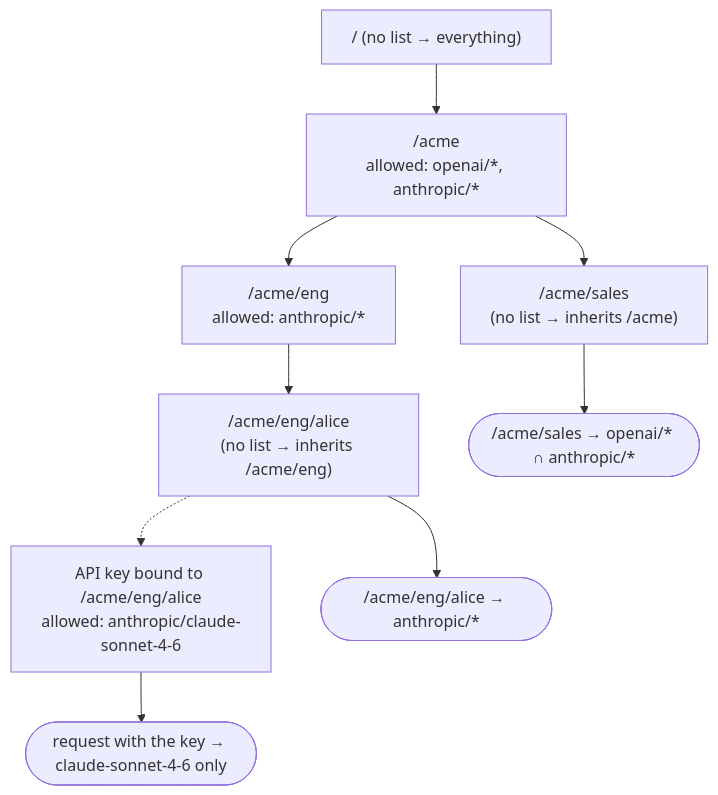
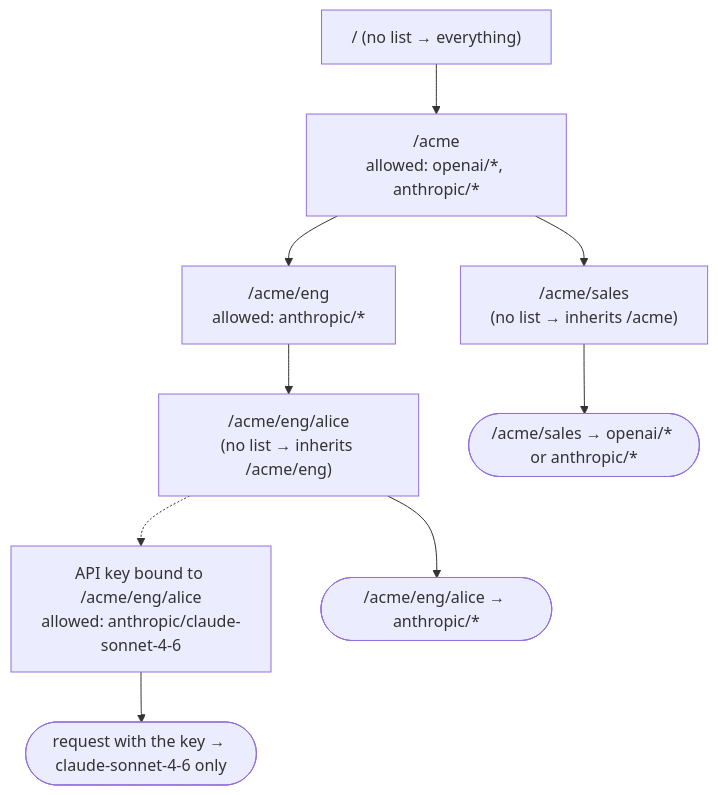
The first of 2 diagrams in docs/features/users.mdx (ENTERPILOT/GoModel), drawn with Mermaid before and after one commit. The commit also changed 13 other files, not shown here.

Commit message:
fix(dashboard): path-boundary key filter, operation-specific copy state, diagram label

````diff
--- a/docs/features/users.mdx
+++ b/docs/features/users.mdx
@@ -48,23 +48,23 @@
 ```mermaid
 flowchart TD
     root["/  (no list → everything)"]
     acme["/acme<br/>allowed: openai/*, anthropic/*"]
     eng["/acme/eng<br/>allowed: anthropic/*"]
     sales["/acme/sales<br/>(no list → inherits /acme)"]
     alice["/acme/eng/alice<br/>(no list → inherits /acme/eng)"]
     key["API key bound to /acme/eng/alice<br/>allowed: anthropic/claude-sonnet-4-6"]
 
     root --> acme
     acme --> eng
     acme --> sales
     eng --> alice
     alice -.-> key
 
-    result_sales(["/acme/sales → openai/* ∩ anthropic/*"])
+    result_sales(["/acme/sales → openai/* or anthropic/*"])
     result_alice(["/acme/eng/alice → anthropic/*"])
     result_key(["request with the key → claude-sonnet-4-6 only"])
 
     sales --> result_sales
     alice --> result_alice
     key --> result_key
 ```
````
